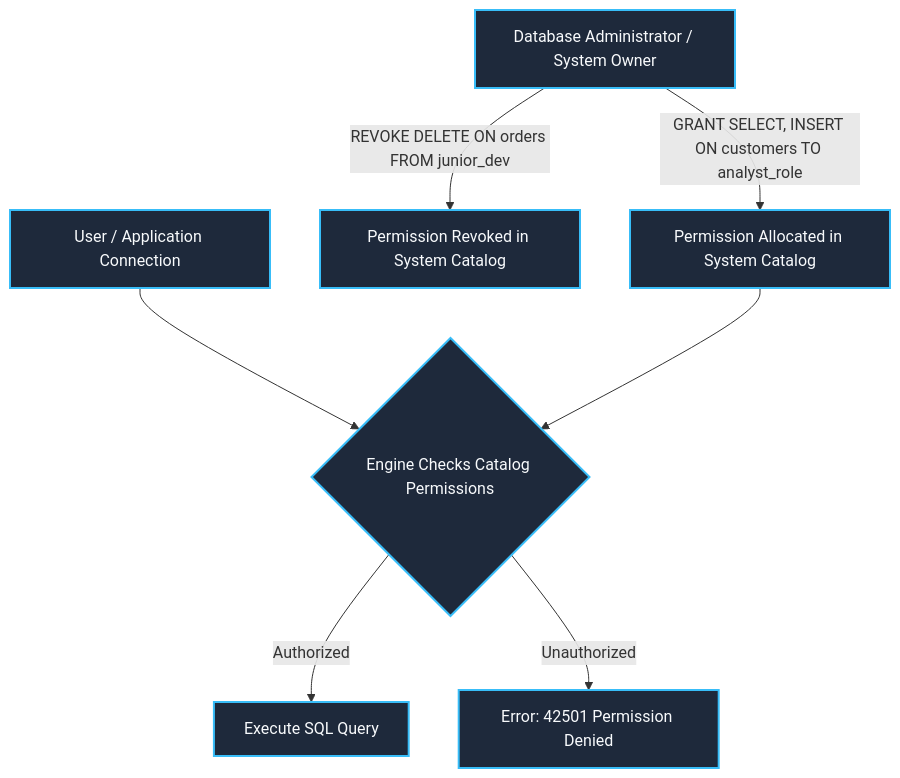
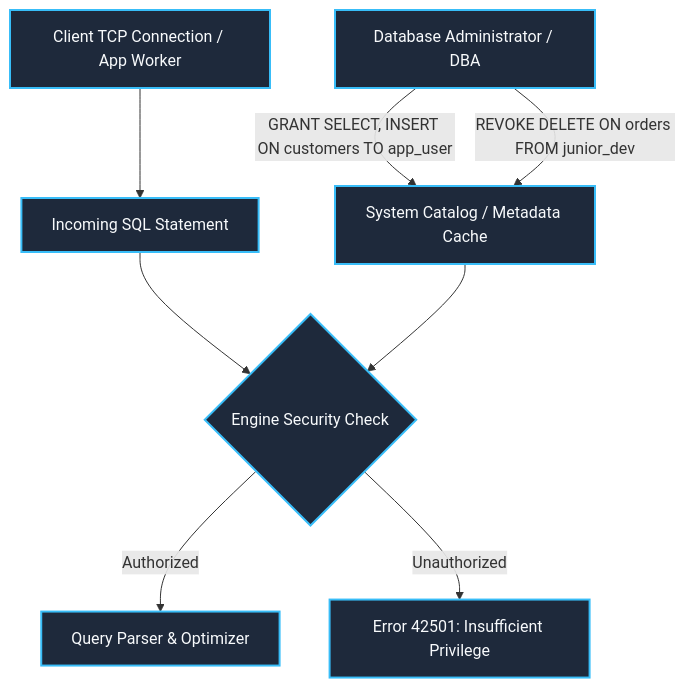
The first of 5 diagrams in Skills_Output/query/003_dcl_tcl_acid_properties_internals.md (AkmKawser/Database-Management-System), drawn with Mermaid before and after one commit. The commit also changed other lines of this file and 2 other files, not shown here.

Commit message:
Remake query 003: DCL, TCL & ACID combining withBara and withNasser storage internals

````diff
--- a/Skills_Output/query/003_dcl_tcl_acid_properties_internals.md
+++ b/Skills_Output/query/003_dcl_tcl_acid_properties_internals.md
@@ -28,14 +24,15 @@
 ```mermaid
 flowchart TD
-    DBA[Database Administrator / System Owner]
-    DBA -->|GRANT SELECT, INSERT ON customers TO analyst_role| PermGranted[Permission Allocated in System Catalog]
-    DBA -->|REVOKE DELETE ON orders FROM junior_dev| PermRevoked[Permission Revoked in System Catalog]
+    DBA[Database Administrator / DBA]
+    DBA -->|GRANT SELECT, INSERT ON customers TO app_user| SystemCatalog[System Catalog / Metadata Cache]
+    DBA -->|REVOKE DELETE ON orders FROM junior_dev| SystemCatalog
     
-    User[User / Application Connection] --> AccessCheck{Engine Checks Catalog Permissions}
-    PermGranted --> AccessCheck
-    AccessCheck -->|Authorized| ExecuteQuery[Execute SQL Query]
-    AccessCheck -->|Unauthorized| PermissionDenied[Error: 42501 Permission Denied]
+    ClientConn[Client TCP Connection / App Worker] --> Query[Incoming SQL Statement]
+    Query --> AuthPhase{Engine Security Check}
+    SystemCatalog --> AuthPhase
+    AuthPhase -->|Authorized| Planner[Query Parser & Optimizer]
+    AuthPhase -->|Unauthorized| Error[Error 42501: Insufficient Privilege]
 
     classDef stage fill:#1e293b,stroke:#38bdf8,stroke-width:2px,color:#f8fafc;
-    class DBA,PermGranted,PermRevoked,User,AccessCheck,ExecuteQuery,PermissionDenied stage;
+    class DBA,SystemCatalog,ClientConn,Query,AuthPhase,Planner,Error stage;
 ```
````
